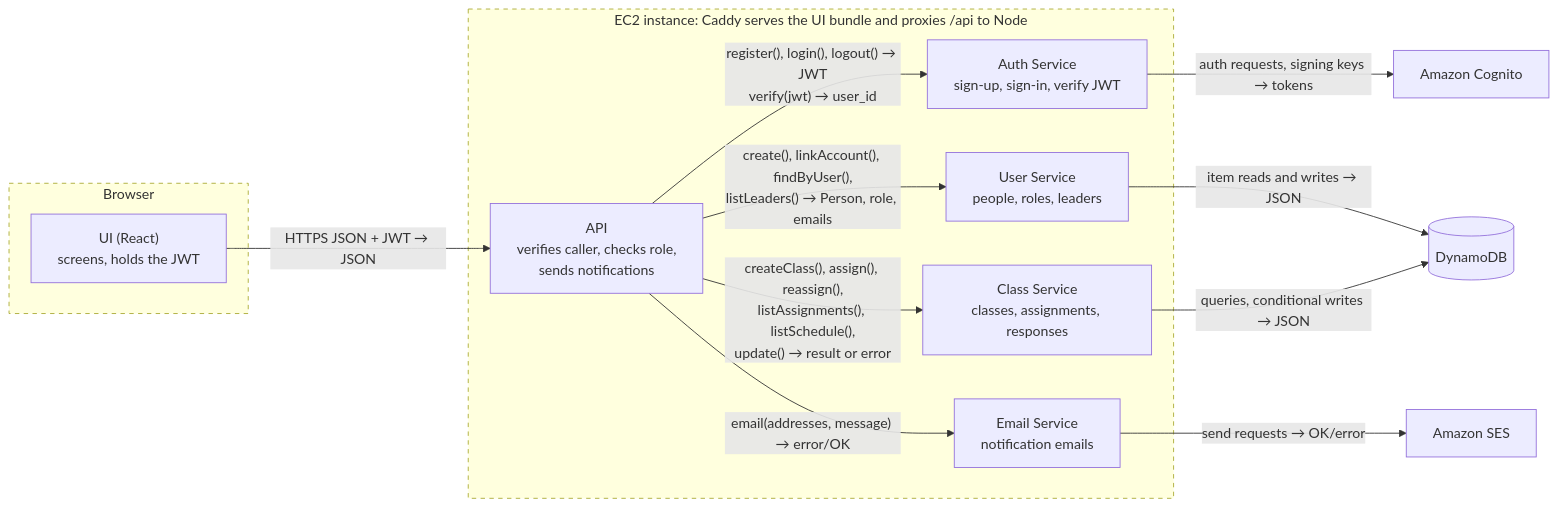
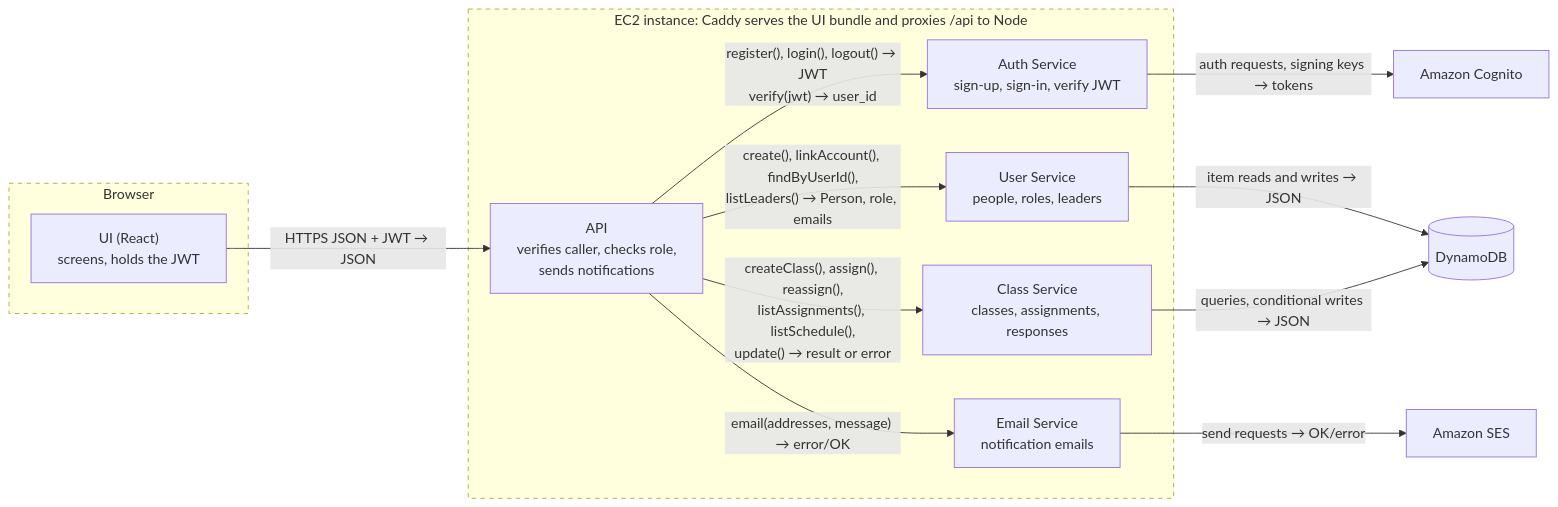
Before and after one commit to Sunday-School-Software/Sunday-School-Scheduler: the second of 4 diagrams in docs/design.md, drawn with Mermaid. The commit also changed other lines of this file and 4 other files, not shown here.

First line of the commit message:
Rename findByUser() to findByUserId()

````diff
--- a/docs/design.md
+++ b/docs/design.md
@@ -92,29 +93,29 @@
 ```mermaid
 flowchart LR
     subgraph browser["Browser"]
         ui["UI (React)<br/>screens, holds the JWT"]
     end
     subgraph ec2["EC2 instance: Caddy serves the UI bundle and proxies /api to Node"]
         api["API<br/>verifies caller, checks role,<br/>sends notifications"]
         auth["Auth Service<br/>sign-up, sign-in, verify JWT"]
         user["User Service<br/>people, roles, leaders"]
         cls["Class Service<br/>classes, assignments, responses"]
         email["Email Service<br/>notification emails"]
     end
     cognito["Amazon Cognito"]
     db[("DynamoDB")]
     ses["Amazon SES"]
 
     ui -->|"HTTPS JSON + JWT → JSON"| api
     api -->|"register(), login(), logout() → JWT<br/>verify(jwt) → user_id"| auth
-    api -->|"create(), linkAccount(), findByUser(),<br/>listLeaders() → Person, role, emails"| user
+    api -->|"create(), linkAccount(), findByUserId(),<br/>listLeaders() → Person, role, emails"| user
     api -->|"createClass(), assign(), reassign(),<br/>listAssignments(), listSchedule(),<br/>update() → result or error"| cls
     api -->|"email(addresses, message) → error/OK"| email
     auth -->|"auth requests, signing keys → tokens"| cognito
     user -->|"item reads and writes → JSON"| db
     cls -->|"queries, conditional writes → JSON"| db
     email -->|"send requests → OK/error"| ses
 
     style browser stroke-dasharray: 5 5
     style ec2 stroke-dasharray: 5 5
 ```
````
